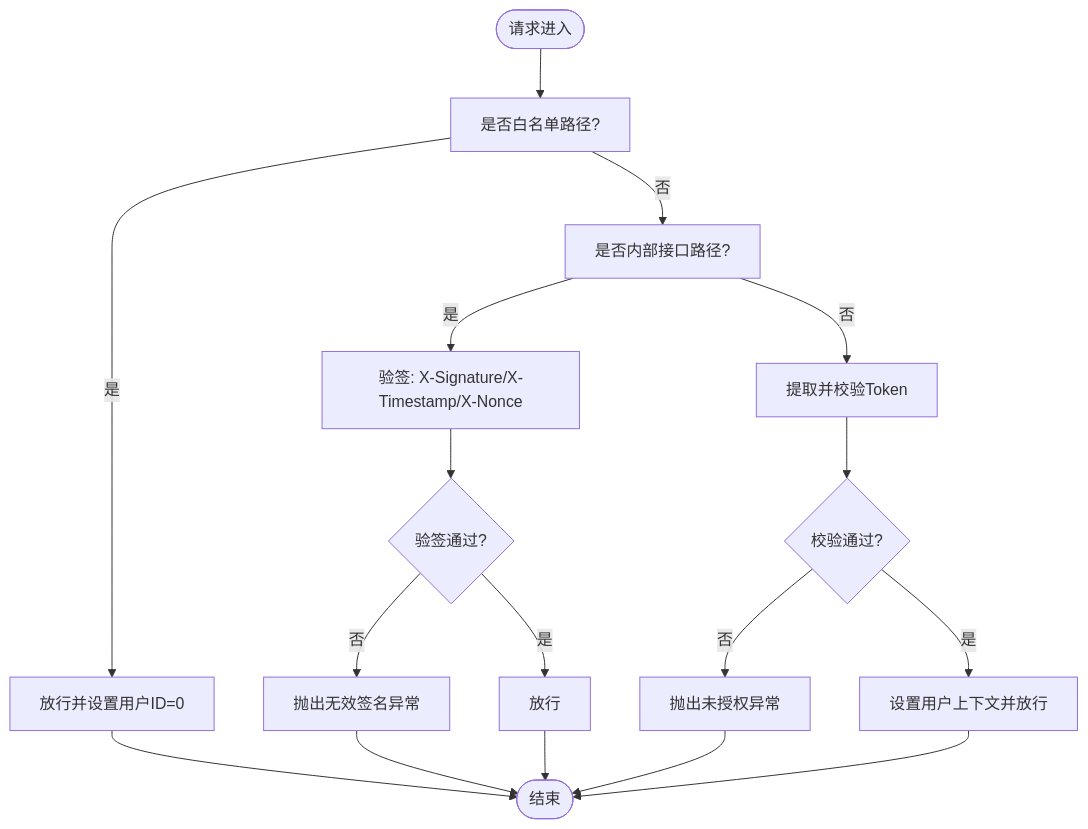
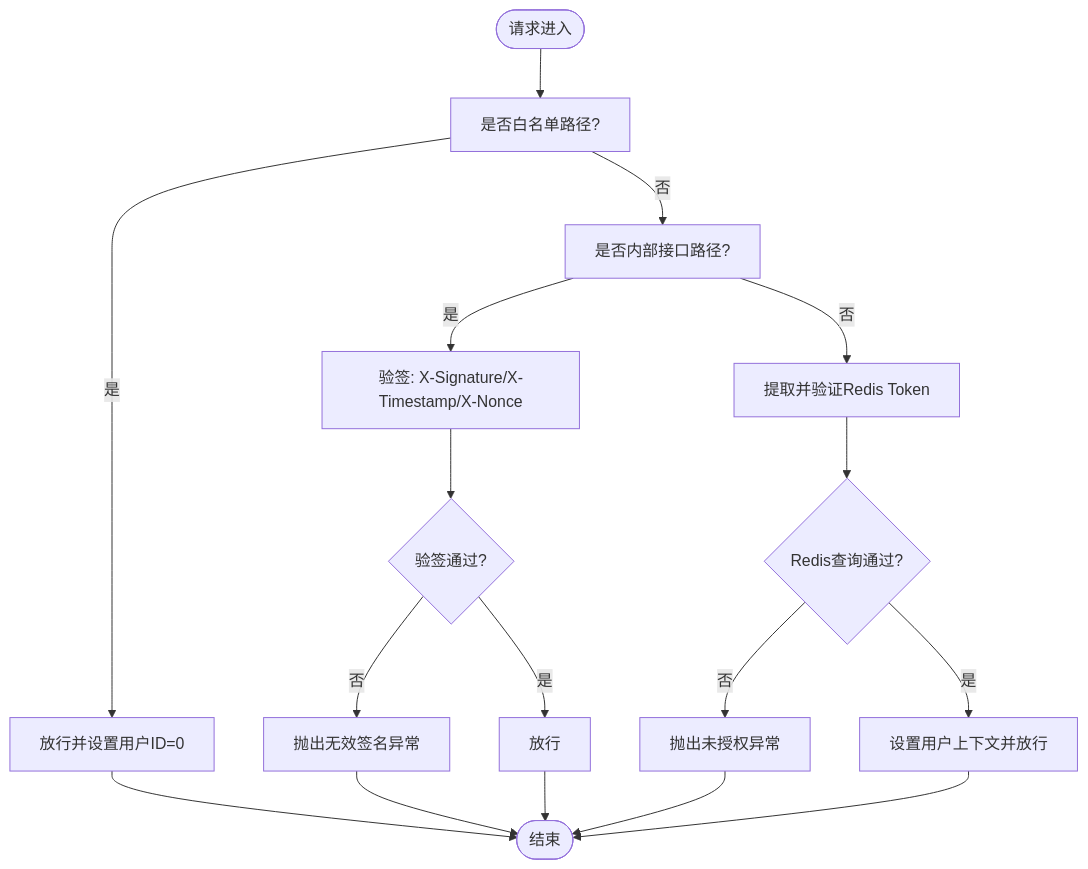
The sixth of 14 diagrams in .qoder/repowiki/zh/content/安全认证机制/安全认证机制.md (lilinzezzzzzz/fastapi-backend), drawn with Mermaid before and after one commit. The commit also changed other lines of this file and 38 other files, not shown here.

````diff
--- a/.qoder/repowiki/zh/content/安全认证机制/安全认证机制.md
+++ b/.qoder/repowiki/zh/content/安全认证机制/安全认证机制.md
@@ -227,19 +349,19 @@
 ```mermaid
 flowchart TD
 Start(["请求进入"]) --> CheckWhite["是否白名单路径?"]
 CheckWhite --> |是| Allow1["放行并设置用户ID=0"]
 CheckWhite --> |否| CheckInternal["是否内部接口路径?"]
 CheckInternal --> |是| VerifySig["验签: X-Signature/X-Timestamp/X-Nonce"]
 VerifySig --> SigOK{"验签通过?"}
 SigOK --> |否| Deny1["抛出无效签名异常"]
 SigOK --> |是| Allow2["放行"]
-CheckInternal --> |否| VerifyToken["提取并校验Token"]
-VerifyToken --> TokenOK{"校验通过?"}
+CheckInternal --> |否| VerifyToken["提取并验证Redis Token"]
+VerifyToken --> TokenOK{"Redis查询通过?"}
 TokenOK --> |否| Deny2["抛出未授权异常"]
 TokenOK --> |是| SetCtx["设置用户上下文并放行"]
 Allow1 --> End(["结束"])
 Allow2 --> End
 SetCtx --> End
 Deny1 --> End
 Deny2 --> End
 ```
````
